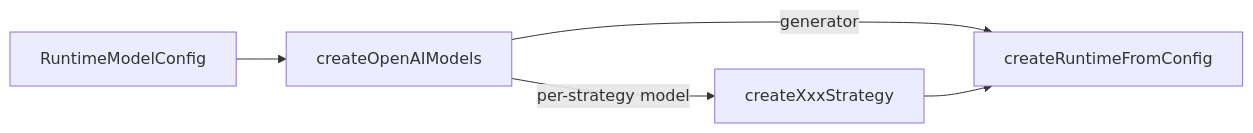
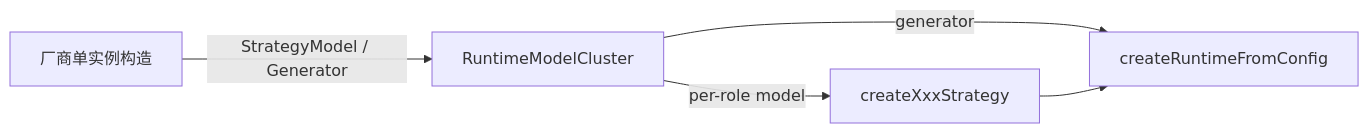
The diagram in docs/decisions/multi-model-roles.md (xumpxxhh/monai-ragsdk), drawn with Mermaid before and after one commit. The commit also changed other lines of this file, not shown here.

Commit message:
temp:muti model

````diff
--- a/docs/decisions/multi-model-roles.md
+++ b/docs/decisions/multi-model-roles.md
@@ -42,12 +45,12 @@
 ```mermaid
 flowchart LR
-  CallerConfig["RuntimeModelConfig"]
-  AdaptersHelper["createOpenAIModels"]
-  StrategyFactories["createXxxStrategy"]
+  Vendor["厂商单实例构造"]
+  Cluster["RuntimeModelCluster"]
+  Strategies["createXxxStrategy"]
   Runtime["createRuntimeFromConfig"]
 
-  CallerConfig --> AdaptersHelper
-  AdaptersHelper -->|"per-strategy model"| StrategyFactories
-  AdaptersHelper -->|"generator"| Runtime
-  StrategyFactories --> Runtime
+  Vendor -->|"StrategyModel / Generator"| Cluster
+  Cluster -->|"per-role model"| Strategies
+  Cluster -->|"generator"| Runtime
+  Strategies --> Runtime
 ```
````
